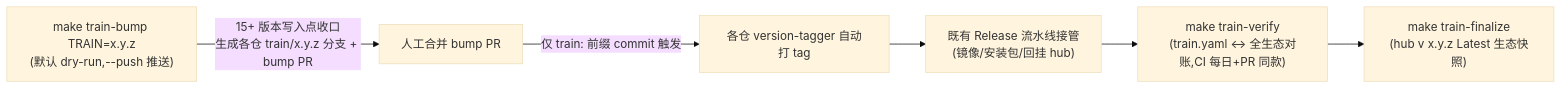
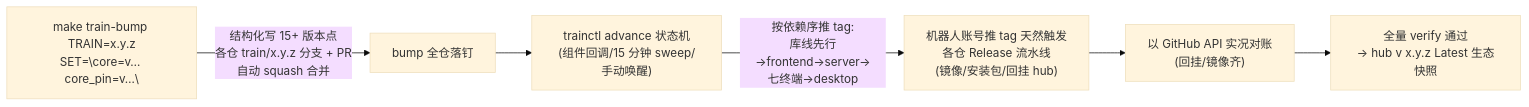
One commit to pigeonbox/pigeonbox changed the ninth of 10 diagrams in docs/architecture.md. Above: the diagram before and after it, drawn with Mermaid (base theme). The commit also changed other lines of this file and 12 other files, not shown here.

````diff
--- a/docs/architecture.md
+++ b/docs/architecture.md
@@ -319,8 +335,8 @@
 ```mermaid
 flowchart LR
-    A["make train-bump TRAIN=x.y.z<br/>(默认 dry-run,--push 推送)"] -->|"15+ 版本写入点收口<br/>生成各仓 train/x.y.z 分支 + bump PR"| B["人工合并 bump PR"]
-    B -->|"仅 train: 前缀 commit 触发"| C["各仓 version-tagger 自动打 tag"]
-    C --> D["既有 Release 流水线接管<br/>(镜像/安装包/回挂 hub)"]
-    D --> E["make train-verify<br/>(train.yaml ↔ 全生态对账,CI 每日+PR 同款)"]
-    E --> F["make train-finalize<br/>(hub v x.y.z Latest 生态快照)"]
+    A["make train-bump TRAIN=x.y.z<br/>SET=\"core=v… core_pin=v…\""] -->|"结构化写 15+ 版本点<br/>各仓 train/x.y.z 分支 + PR<br/>自动 squash 合并"| B["bump 全仓落钉"]
+    B --> C["trainctl advance 状态机<br/>(组件回调/15 分钟 sweep/手动唤醒)"]
+    C -->|"按依赖序推 tag:<br/>库线先行→frontend→server→<br/>七终端→desktop"| D["机器人账号推 tag 天然触发<br/>各仓 Release 流水线<br/>(镜像/安装包/回挂 hub)"]
+    D --> E["以 GitHub API 实况对账<br/>(回挂/镜像齐)"]
+    E --> F["全量 verify 通过<br/>→ hub v x.y.z Latest 生态快照"]
 ```
````
